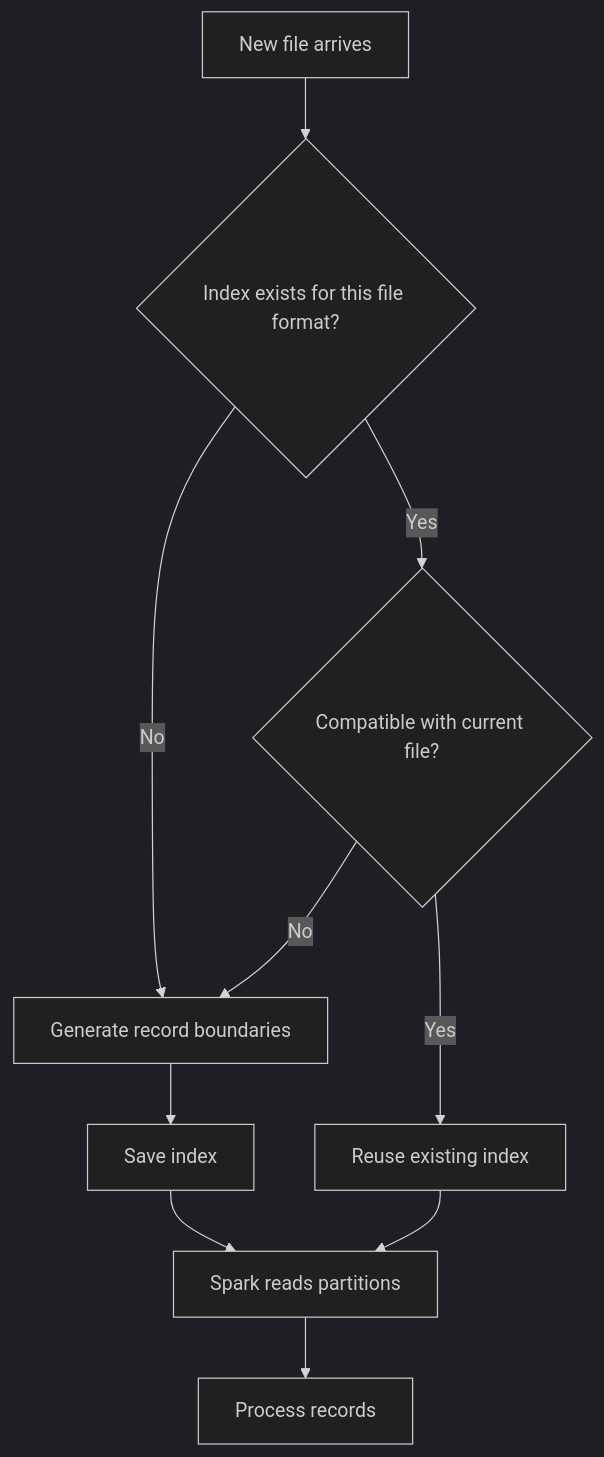
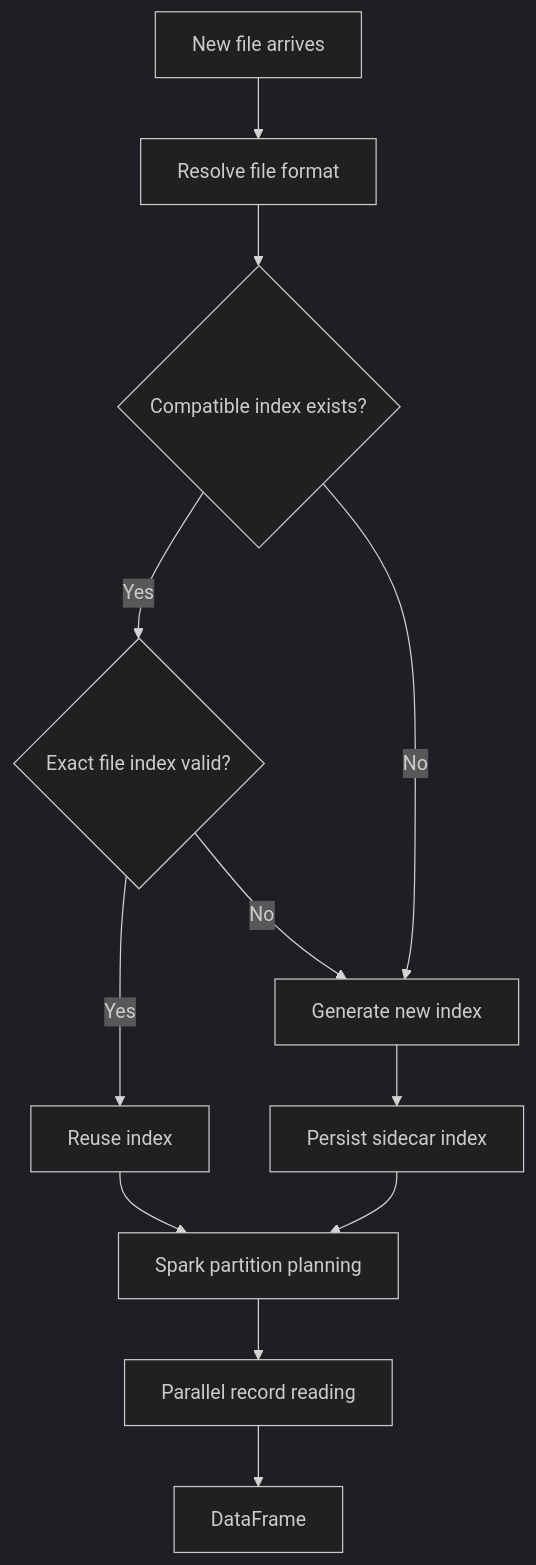
One commit to yassinessadi/Ecopass-cobol changed the second of 2 diagrams in README.md. Above: the diagram before and after it, drawn with Mermaid (dark theme). The commit also changed other lines of this file, not shown here.

````diff
--- a/README.md
+++ b/README.md
@@ -8,14 +163,14 @@
 ```mermaid
 flowchart TD
-    A[New file arrives] --> B{Index exists for this file format?}
-    B -->|Yes| C{Compatible with current file?}
-    B -->|No| D[Generate record boundaries]
-    C -->|Yes| E[Reuse existing index]
-    C -->|No| D
-    D --> F[Save index]
-    F --> G[Spark reads partitions]
-    E --> G
-    G --> H[Process records]
-
-
+    A[New file arrives] --> B[Resolve file format]
+    B --> C{Compatible index exists?}
+    C -->|Yes| D{Exact file index valid?}
+    C -->|No| E[Generate new index]
+    D -->|Yes| F[Reuse index]
+    D -->|No| E
+    E --> G[Persist sidecar index]
+    F --> H[Spark partition planning]
+    G --> H
+    H --> I[Parallel record reading]
+    I --> J[DataFrame]
 ```
````
